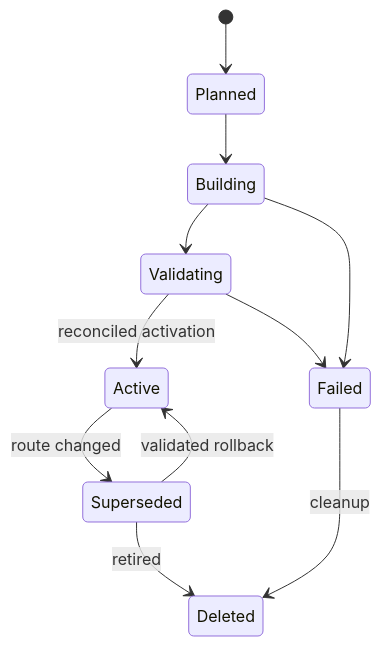
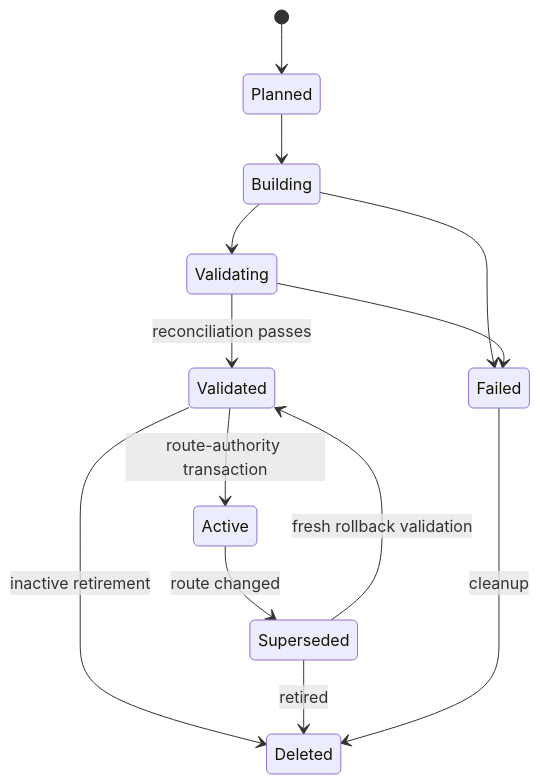
The fourth of 6 diagrams in aidlc/spaces/default/intents/260908-stock-sense-design/construction/supplier-knowledge/functional-design/functional-spec.md (anton-asnitsky/StockSense), drawn with Mermaid before and after one commit. The commit also changed other lines of this file and 162 other files, not shown here.

````diff
--- a/aidlc/spaces/default/intents/260908-stock-sense-design/construction/supplier-knowledge/functional-design/functional-spec.md
+++ b/aidlc/spaces/default/intents/260908-stock-sense-design/construction/supplier-knowledge/functional-design/functional-spec.md
@@ -330,13 +358,15 @@
 ```mermaid
 stateDiagram-v2
     [*] --> Planned
     Planned --> Building
     Building --> Validating
     Building --> Failed
-    Validating --> Active: reconciled activation
+    Validating --> Validated: reconciliation passes
     Validating --> Failed
+    Validated --> Active: route-authority transaction
+    Validated --> Deleted: inactive retirement
     Active --> Superseded: route changed
-    Superseded --> Active: validated rollback
+    Superseded --> Validated: fresh rollback validation
     Superseded --> Deleted: retired
     Failed --> Deleted: cleanup
 ```
````
